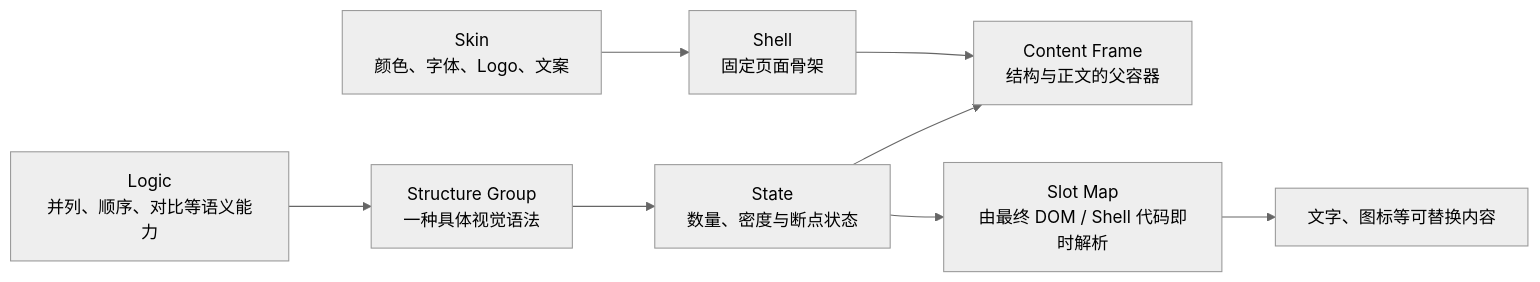
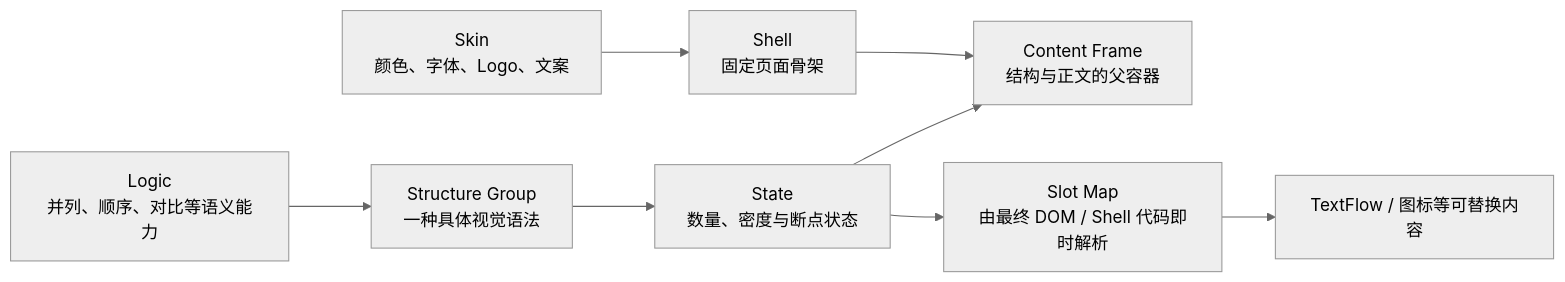
Before and after one commit to NEUwpy/PPagenT: the diagram in docs/Shell与Logic契约.md, drawn with Mermaid (neutral theme). The commit also changed other lines of this file and 80 other files, not shown here.

````diff
--- a/docs/Shell与Logic契约.md
+++ b/docs/Shell与Logic契约.md
@@ -7,10 +7,10 @@
 ```mermaid
 flowchart LR
     A["Skin\n颜色、字体、Logo、文案"] --> B["Shell\n固定页面骨架"]
     B --> C["Content Frame\n结构与正文的父容器"]
     D["Logic\n并列、顺序、对比等语义能力"] --> E["Structure Group\n一种具体视觉语法"]
     E --> F["State\n数量、密度与断点状态"]
     F --> C
     F --> G["Slot Map\n由最终 DOM / Shell 代码即时解析"]
-    G --> H["文字、图标等可替换内容"]
+    G --> H["TextFlow / 图标等可替换内容"]
 ```
````
